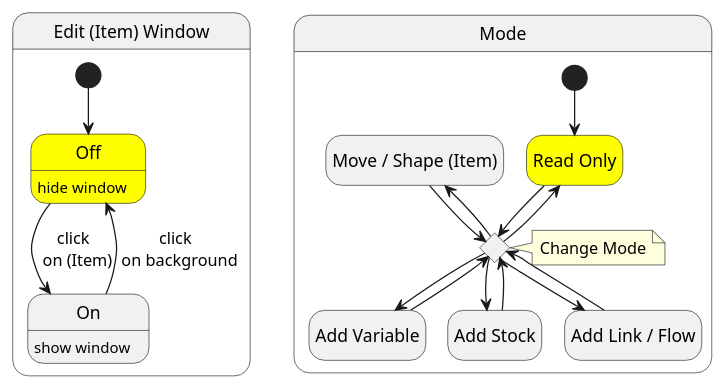
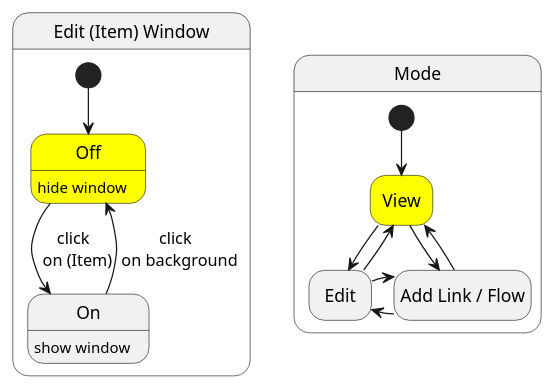
Before and after one commit to cidhuang/system-dynamics-tool: the first of 4 diagrams in docusaurus/docs/interaction.md, drawn with PlantUML. The commit also changed other lines of this file, not shown here.

Commit message:
docs: interaction page, simplify Mode

````diff
--- a/docusaurus/docs/interaction.md
+++ b/docusaurus/docs/interaction.md
@@ -56,40 +19,30 @@
 ```plantuml
 @startuml Mode
 hide empty description
 
 state "Edit (Item) Window" as editWindow {
   state "Off" as editOff #yellow : hide window
   state "On" as editOn : show window
   [*] --> editOff
   editOff --> editOn : click \n on (Item)
   editOn -up-> editOff : click \n on background
 }
 
 state "Mode" as editMode {
-  state "Read Only" as modeReadOnly #yellow
-  state "Move / Shape (Item)" as modeMoveItem
-  state "Add Variable" as modeAddVariable
-  state "Add Stock" as modeAddStock
-  state "Add Link / Flow" as modeAddFlow
-  state modeChoice <<choice>>
+  state "View" as modeView #yellow
+  state "Edit" as modeEdit
+  state "Add Link / Flow" as modeAddLinkFlow
 
-  [*] --> modeReadOnly
-  modeReadOnly -> modeChoice
-  modeChoice -up-> modeReadOnly
-  modeMoveItem --> modeChoice
-  modeChoice -up-> modeMoveItem
+  [*] --> modeView
+  modeView -> modeEdit
+  modeEdit -up-> modeView
 
-  modeChoice --> modeAddVariable
-  modeAddVariable -up-> modeChoice
-  modeChoice --> modeAddStock
-  modeAddStock -up-> modeChoice
-  modeChoice --> modeAddFlow
-  modeAddFlow -up-> modeChoice
+  modeAddLinkFlow -> modeEdit
+  modeEdit -> modeAddLinkFlow
+  modeView --> modeAddLinkFlow
+  modeAddLinkFlow -up-> modeView
 
-  note right of modeChoice
-    Change Mode
-  end note
 }
 
 @enduml
 ```
````
